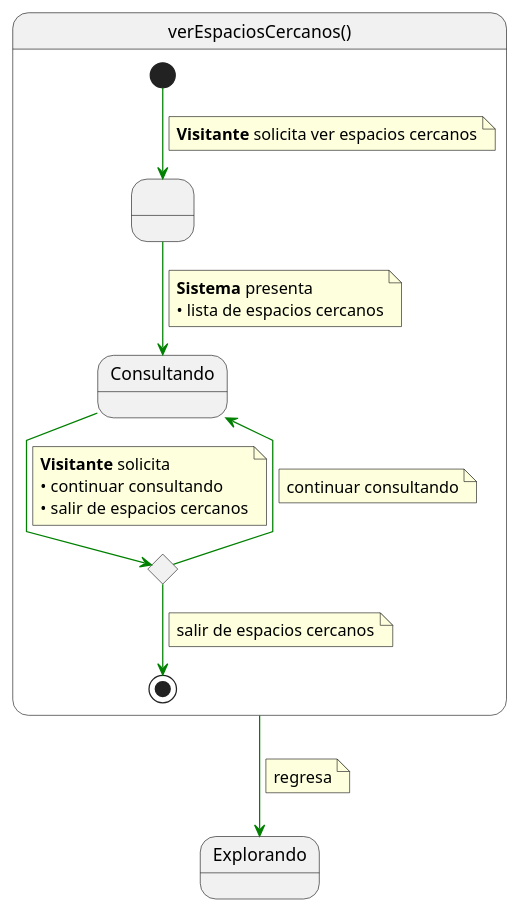
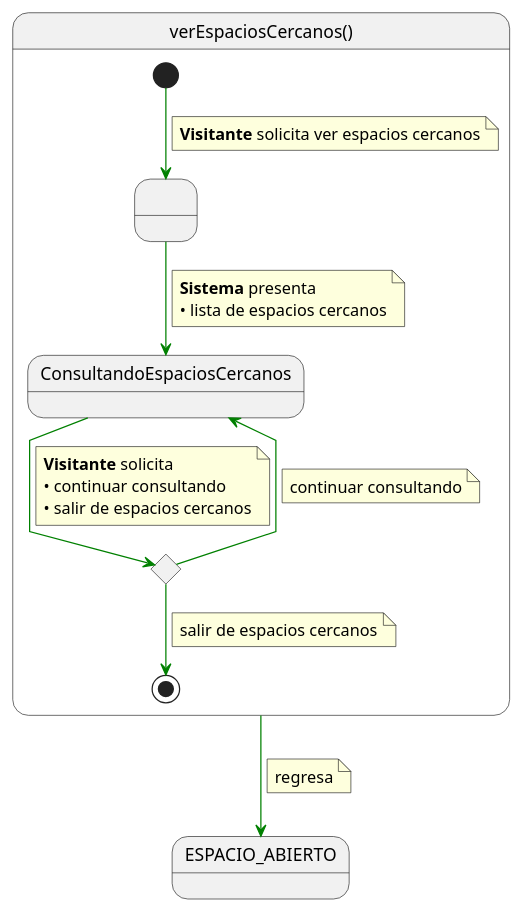
Before and after one commit to Camila-Lesly/25-26-idsw1-sdr: the diagram in documentos/01-casoDeUso/3-DetallarCasosDeUso/1-Visitante/verEspaciosCercanos/verEspaciosCercanos.puml, drawn with PlantUML. The commit also changed 26 other files, not shown here.

Commit message:
docs: Add SVG diagrams for visitor use cases

```diff
--- a/documentos/01-casoDeUso/3-DetallarCasosDeUso/1-Visitante/verEspaciosCercanos/verEspaciosCercanos.puml
+++ b/documentos/01-casoDeUso/3-DetallarCasosDeUso/1-Visitante/verEspaciosCercanos/verEspaciosCercanos.puml
@@ -1,45 +1,42 @@
-@startuml verEspaciosCercanos
-
+@startuml
 skinparam linetype polyline
 
 state verEspaciosCercanos as "verEspaciosCercanos()" {
-
     state " " as SolicitandoEspaciosCercanos
-    state "Consultando" as ConsultandoEspaicosCercanos
+    state ConsultandoEspaciosCercanos
     state c <<choice>>
 
     [*] -[#green]-> SolicitandoEspaciosCercanos 
     note on link
     <b>Visitante</b> solicita ver espacios cercanos
     end note    
     
-    SolicitandoEspaciosCercanos -[#green]-> ConsultandoEspaicosCercanos
+    SolicitandoEspaciosCercanos -[#green]-> ConsultandoEspaciosCercanos
     note on link
     <b>Sistema</b> presenta
     • lista de espacios cercanos
     end note
     
-    ConsultandoEspaicosCercanos -[#green]-> c
+    ConsultandoEspaciosCercanos -[#green]-> c
     note on link
     <b>Visitante</b> solicita
     • continuar consultando
     • salir de espacios cercanos
     end note
     
-    c -[#green]-> ConsultandoEspaicosCercanos
+    c -[#green]-> ConsultandoEspaciosCercanos
     note on link
     continuar consultando
     end note
 
     c -[#green]-> [*]
     note on link
     salir de espacios cercanos
     end note
 }
 
-verEspaciosCercanos -[#green]-> Explorando
+verEspaciosCercanos -[#green]-> ESPACIO_ABIERTO
 note on link
 regresa
 end note
-
 @enduml
```
